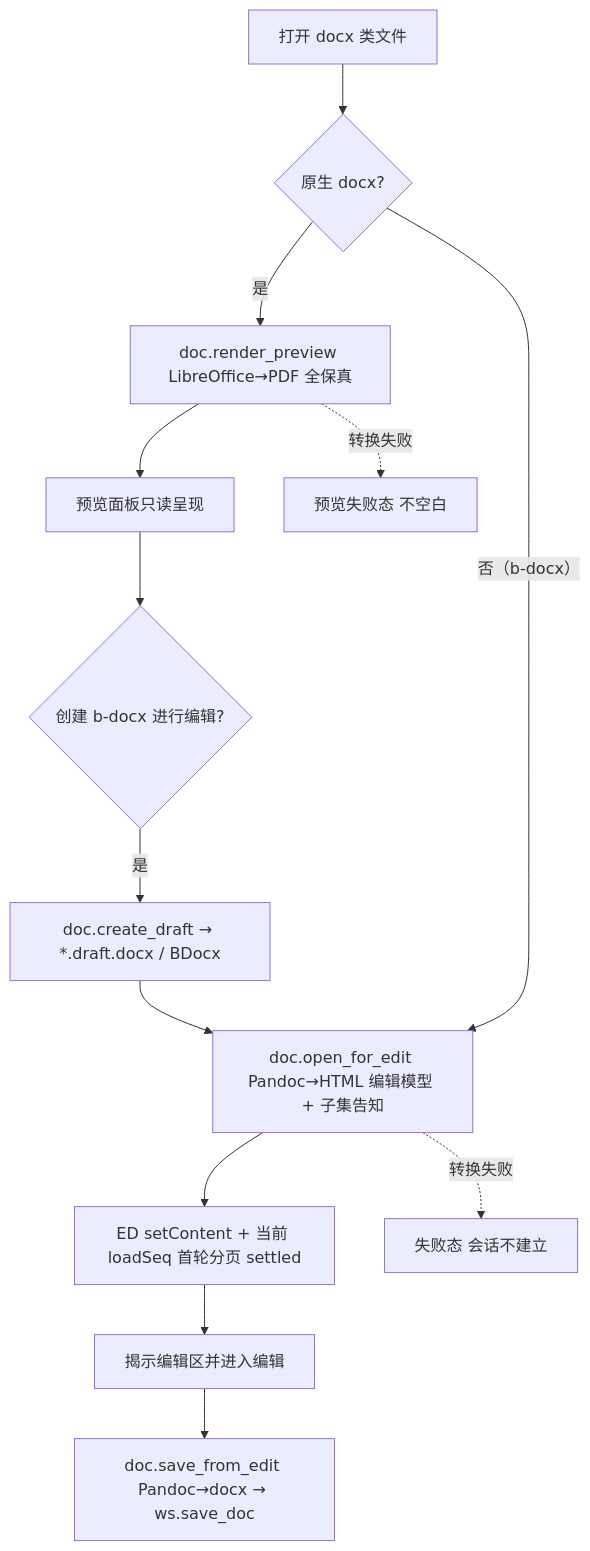
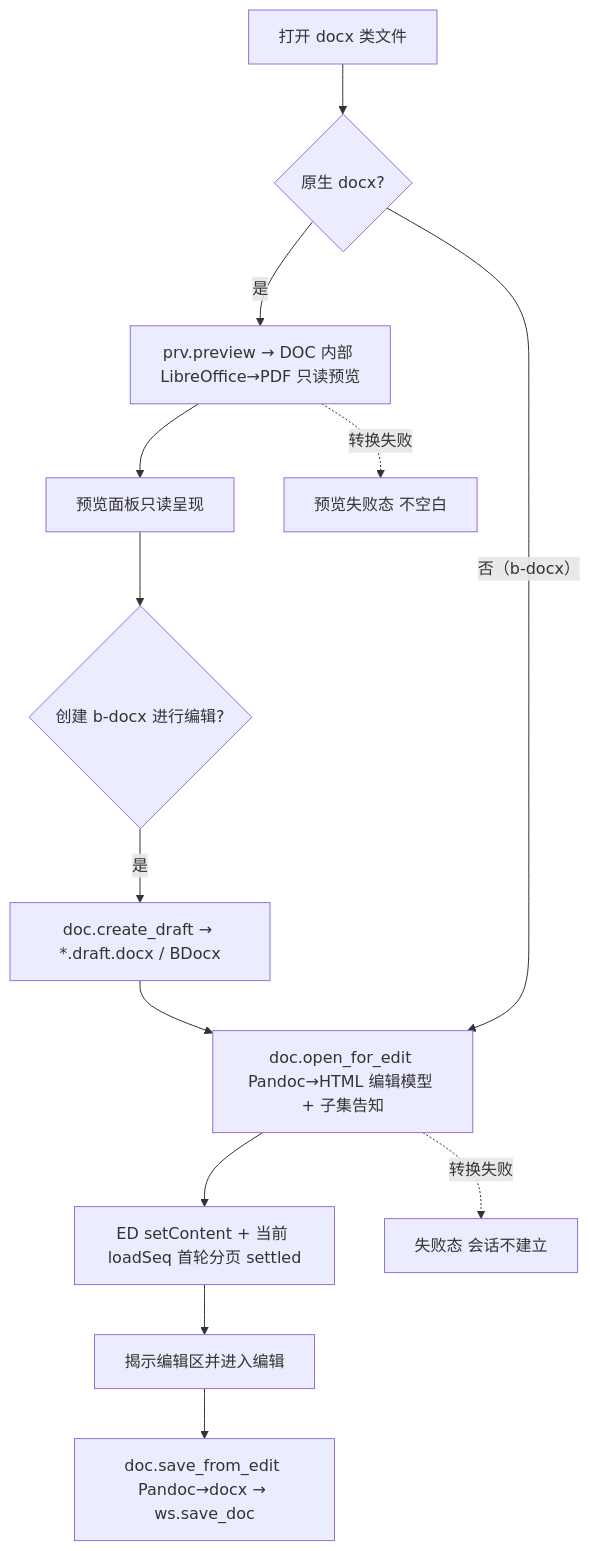
The fourth of 10 diagrams in docs/01_modules/SYS/A-SYS-C-T-02_前端交互架构与流程总图.md (adu-chen/binder-desktop), drawn with Mermaid before and after one commit. The commit also changed other lines of this file and 147 other files, not shown here.

````diff
--- a/docs/01_modules/SYS/A-SYS-C-T-02_前端交互架构与流程总图.md
+++ b/docs/01_modules/SYS/A-SYS-C-T-02_前端交互架构与流程总图.md
@@ -211,15 +211,15 @@
 ```mermaid
 flowchart TD
   OP[打开 docx 类文件] --> KIND{原生 docx?}
-  KIND -- 是 --> CV[doc.render_preview LibreOffice→PDF 全保真]
+  KIND -- 是 --> CV[prv.preview → DOC 内部 LibreOffice→PDF 只读预览]
   CV --> PV[预览面板只读呈现]
   PV --> MK{创建 b-docx 进行编辑?}
   MK -- 是 --> DR[doc.create_draft → *.draft.docx / BDocx]
   DR --> CE[doc.open_for_edit Pandoc→HTML 编辑模型 + 子集告知]
   KIND -- 否（b-docx） --> CE
   CE --> PSET[ED setContent + 当前 loadSeq 首轮分页 settled]
   PSET --> ED2[揭示编辑区并进入编辑]
   ED2 --> SVD[doc.save_from_edit Pandoc→docx → ws.save_doc]
   CE -. 转换失败 .-> ER[失败态 会话不建立]
   CV -. 转换失败 .-> ER2[预览失败态 不空白]
 ```
````
